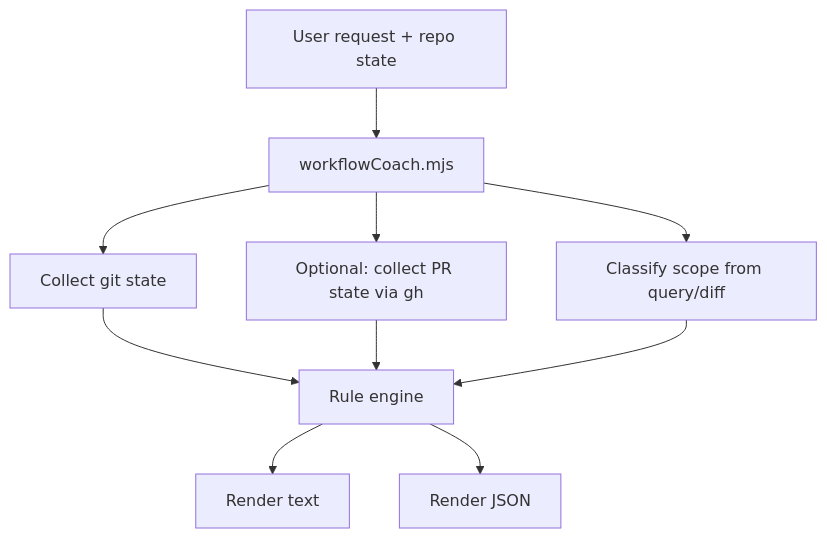
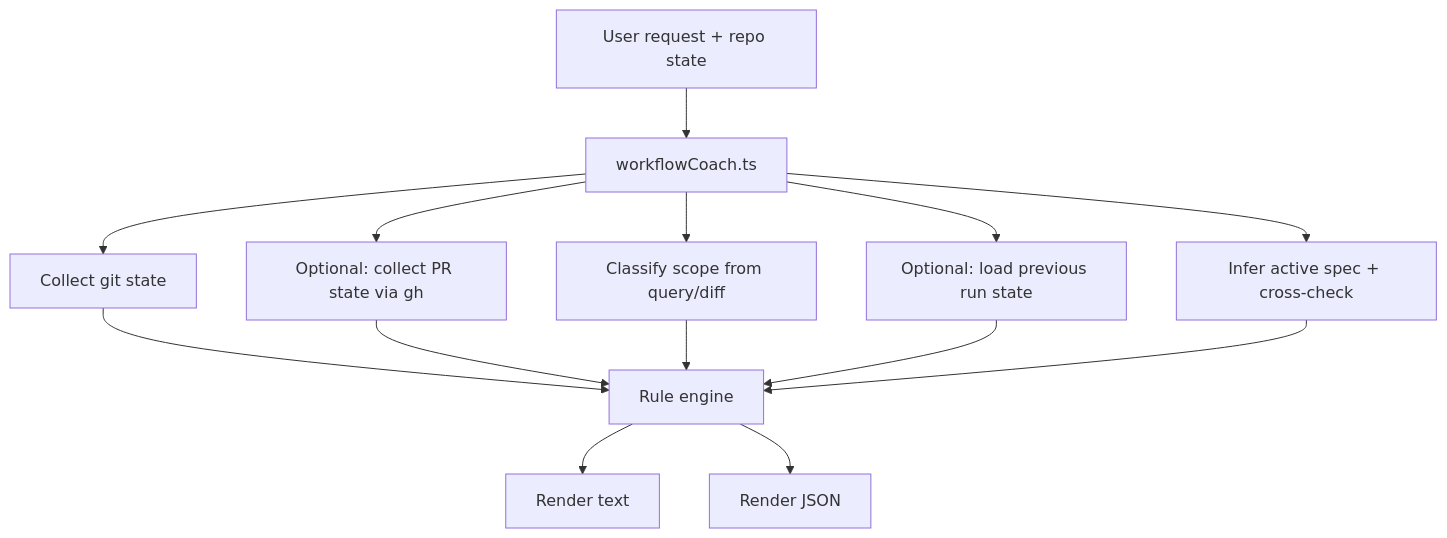
The diagram in .specs/workflow-coach/design.md (yulongbai-nov/vscode-copilot-chat), drawn with Mermaid before and after one commit. The commit also changed other lines of this file and 2 other files, not shown here.

First line of the commit message:
spec(workflow-coach): add persistence and spec cross-check

````diff
--- a/.specs/workflow-coach/design.md
+++ b/.specs/workflow-coach/design.md
@@ -135,12 +159,16 @@
 ```mermaid
 flowchart TD
-  A[User request + repo state] --> B[workflowCoach.mjs]
+  A[User request + repo state] --> B[workflowCoach.ts]
   B --> C[Collect git state]
   B --> D[Optional: collect PR state via gh]
   B --> E[Classify scope from query/diff]
+  B --> I[Optional: load previous run state]
+  B --> J[Infer active spec + cross-check]
   C --> F[Rule engine]
   D --> F
   E --> F
+  I --> F
+  J --> F
   F --> G[Render text]
   F --> H[Render JSON]
 ```
````
